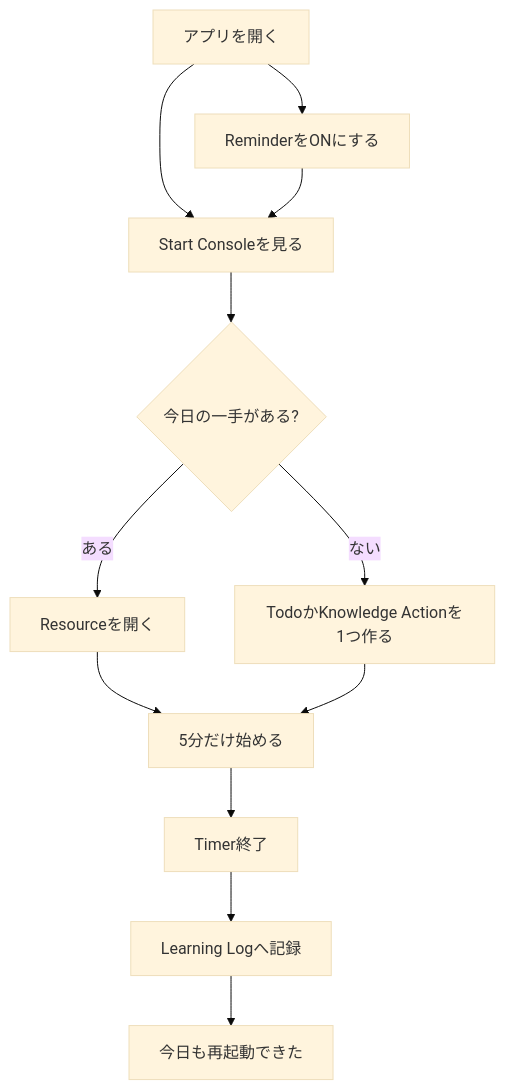
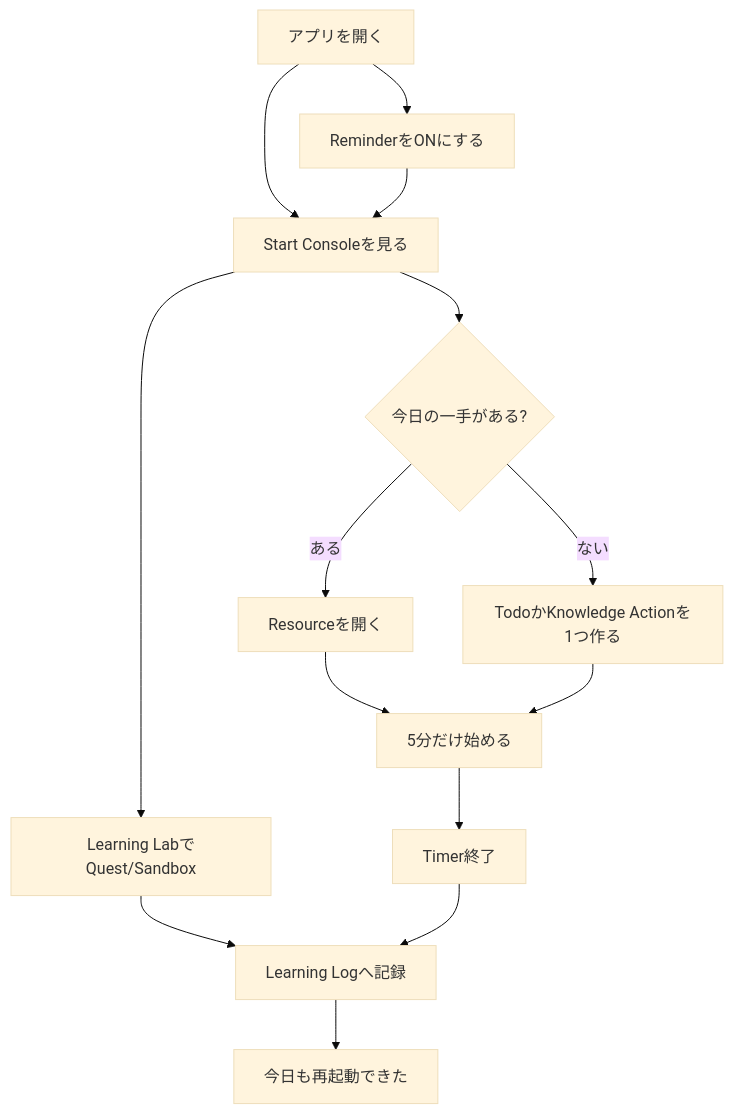
One commit to kum4san5/gemini_diary changed the diagram in .explainApp/README.md. Above: the diagram before and after it, drawn with Mermaid (base theme). The commit also changed other lines of this file and 11 other files, not shown here.

````diff
--- a/.explainApp/README.md
+++ b/.explainApp/README.md
@@ -51,14 +52,16 @@
 ```mermaid
 flowchart TD
     A[アプリを開く] --> B[Start Consoleを見る]
     A --> R[ReminderをONにする]
     B --> C{今日の一手がある?}
     C -->|ある| D[Resourceを開く]
     C -->|ない| E[TodoかKnowledge Actionを1つ作る]
     D --> F[5分だけ始める]
     E --> F
+    B --> L[Learning LabでQuest/Sandbox]
+    L --> H
     F --> G[Timer終了]
     G --> H[Learning Logへ記録]
     H --> I[今日も再起動できた]
     R --> B
 ```
````
